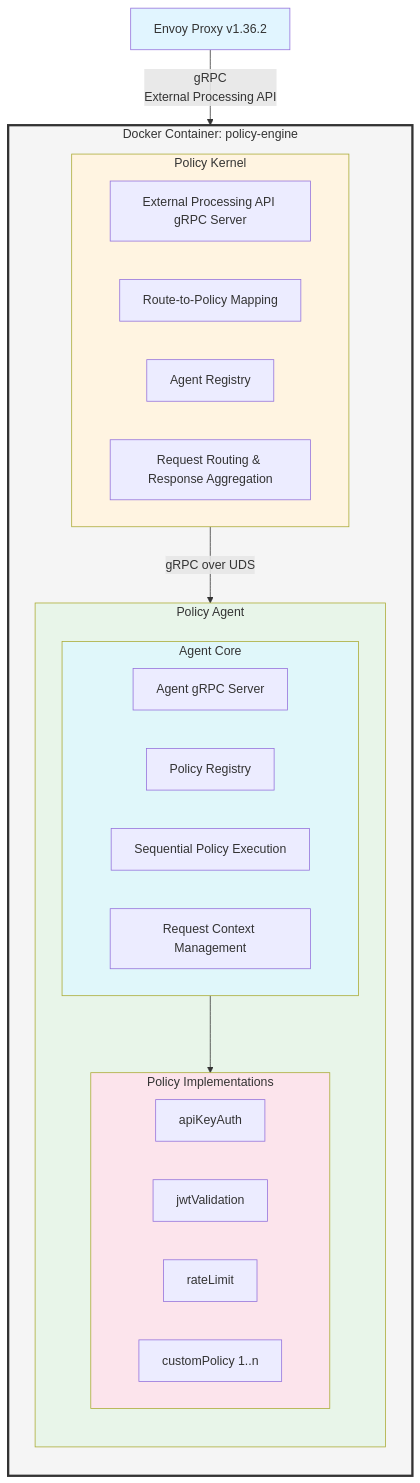
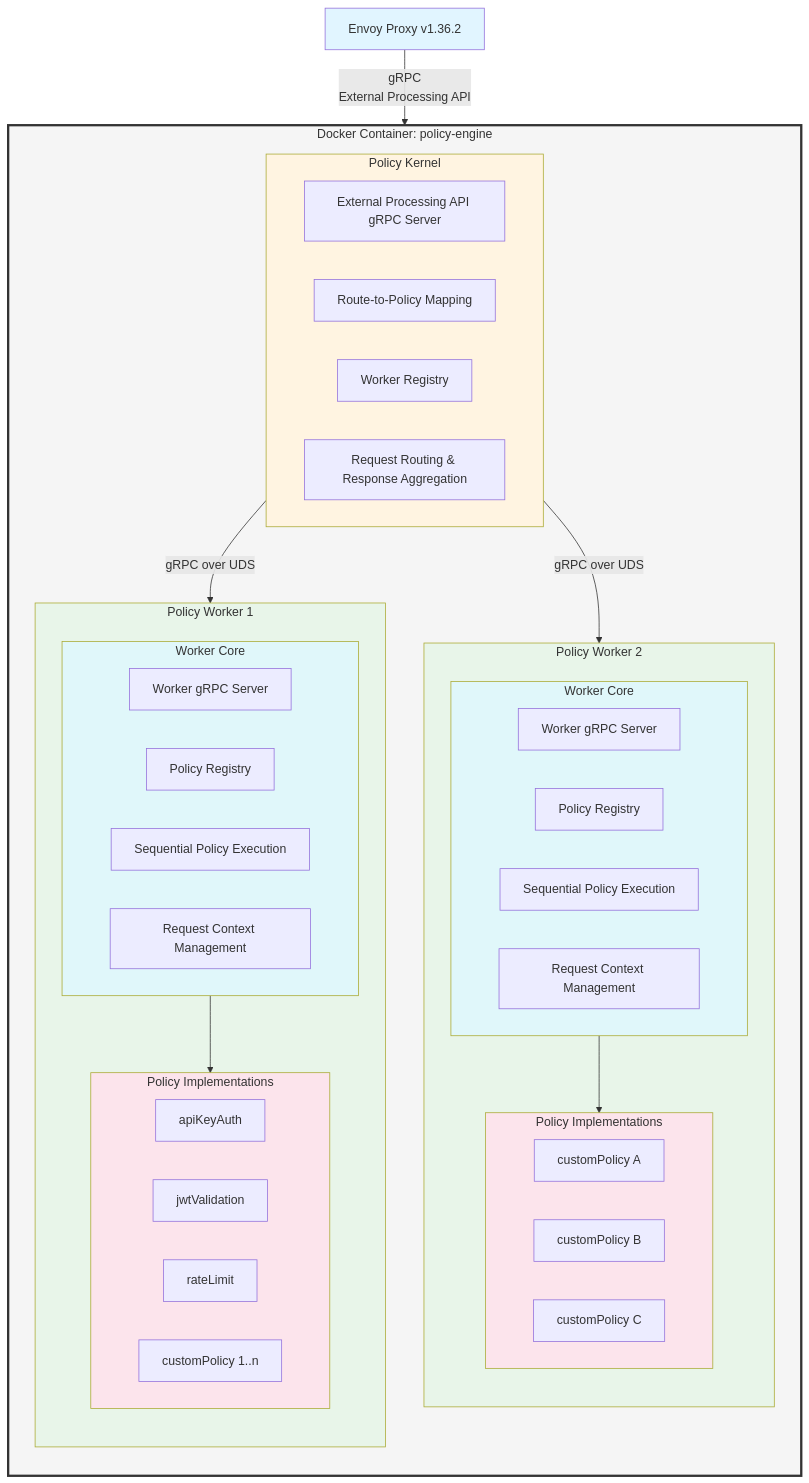
One commit to renuka-fernando/envoy-policy-engine changed the first of 4 diagrams in Spec.md. Above: the diagram before and after it, drawn with Mermaid. The commit also changed other lines of this file and 5 other files, not shown here.

Commit message:
Rename agent to worker

````diff
--- a/Spec.md
+++ b/Spec.md
@@ -11,44 +11,66 @@
 ```mermaid
 graph TB
     Envoy[Envoy Proxy v1.36.2]
 
     Envoy -->|gRPC<br/>External Processing API| Container
 
     subgraph Container ["Docker Container: policy-engine"]
         direction TB
         subgraph Kernel["Policy Kernel"]
             K0[External Processing API gRPC Server]
             K1[Route-to-Policy Mapping]
-            K2[Agent Registry]
+            K2[Worker Registry]
             K3[Request Routing & Response Aggregation]
         end
 
-        subgraph Agent["Policy Agent"]
+        subgraph Worker1["Policy Worker 1"]
             direction TB
-            subgraph Core["Agent Core"]
-                C0[Agent gRPC Server]
-                C1[Policy Registry]
-                C2[Sequential Policy Execution]
-                C3[Request Context Management]
+            subgraph Core1["Worker Core"]
+                C1_0[Worker gRPC Server]
+                C1_1[Policy Registry]
+                C1_2[Sequential Policy Execution]
+                C1_3[Request Context Management]
             end
 
-            subgraph Policies["Policy Implementations"]
-                P1[apiKeyAuth]
-                P2[jwtValidation]
-                P3[rateLimit]
-                P4[customPolicy 1..n]
+            subgraph Policies1["Policy Implementations"]
+                P1_1[apiKeyAuth]
+                P1_2[jwtValidation]
+                P1_3[rateLimit]
+                P1_4[customPolicy 1..n]
             end
 
-            Core --> Policies
+            Core1 --> Policies1
         end
 
-        Kernel -->|gRPC over UDS| Agent
+        subgraph Worker2["Policy Worker 2"]
+            direction TB
+            subgraph Core2["Worker Core"]
+                C2_0[Worker gRPC Server]
+                C2_1[Policy Registry]
+                C2_2[Sequential Policy Execution]
+                C2_3[Request Context Management]
+            end
+
+            subgraph Policies2["Policy Implementations"]
+                P2_1[customPolicy A]
+                P2_2[customPolicy B]
+                P2_3[customPolicy C]
+            end
+
+            Core2 --> Policies2
+        end
+
+        Kernel -->|gRPC over UDS| Worker1
+        Kernel -->|gRPC over UDS| Worker2
     end
 
     style Envoy fill:#e1f5ff
     style Container fill:#f5f5f5,stroke:#333,stroke-width:3px
     style Kernel fill:#fff4e1
-    style Agent fill:#e8f5e9
-    style Core fill:#e0f7fa
-    style Policies fill:#fce4ec
+    style Worker1 fill:#e8f5e9
+    style Worker2 fill:#e8f5e9
+    style Core1 fill:#e0f7fa
+    style Core2 fill:#e0f7fa
+    style Policies1 fill:#fce4ec
+    style Policies2 fill:#fce4ec
 ```
````
